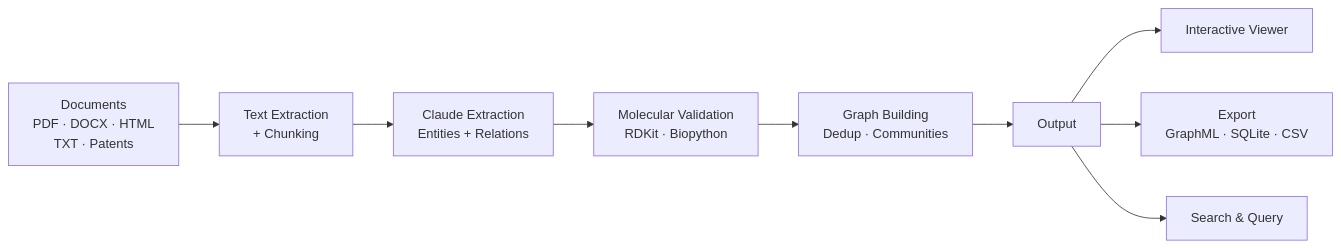
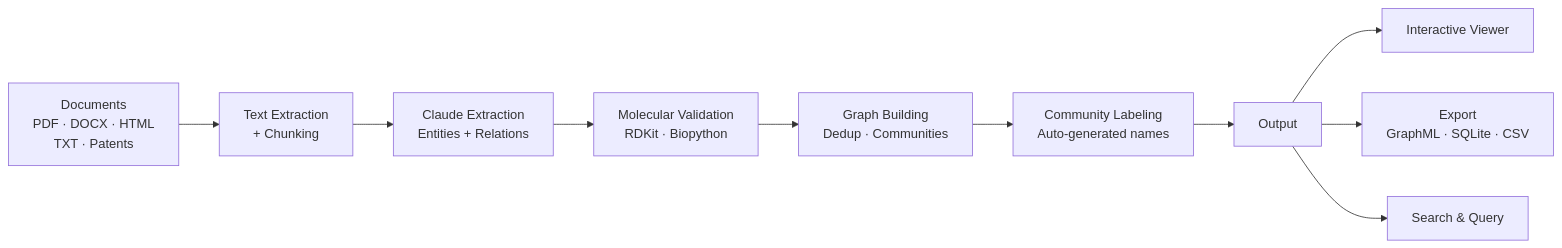
One commit to usathyan/epistract changed the second of 3 diagrams in README.md. Above: the diagram before and after it, drawn with Mermaid. The commit also changed other lines of this file and 12 other files, not shown here.

First line of the commit message:
feat: auto-label communities, fix extractor field names, split test scenarios

````diff
--- a/README.md
+++ b/README.md
@@ -45,11 +201,12 @@
 ```mermaid
 flowchart LR
     DOCS["Documents<br/>PDF · DOCX · HTML<br/>TXT · Patents"] --> ING["Text Extraction<br/>+ Chunking"]
     ING --> EXT["Claude Extraction<br/>Entities + Relations"]
     EXT --> VAL["Molecular Validation<br/>RDKit · Biopython"]
     VAL --> BLD["Graph Building<br/>Dedup · Communities"]
-    BLD --> OUT["Output"]
+    BLD --> LBL["Community Labeling<br/>Auto-generated names"]
+    LBL --> OUT["Output"]
     OUT --> VIZ["Interactive Viewer"]
-    OUT --> EXP["Export<br/>GraphML · SQLite · CSV"]
+    OUT --> EXPF["Export<br/>GraphML · SQLite · CSV"]
     OUT --> QRY["Search & Query"]
 ```
````
